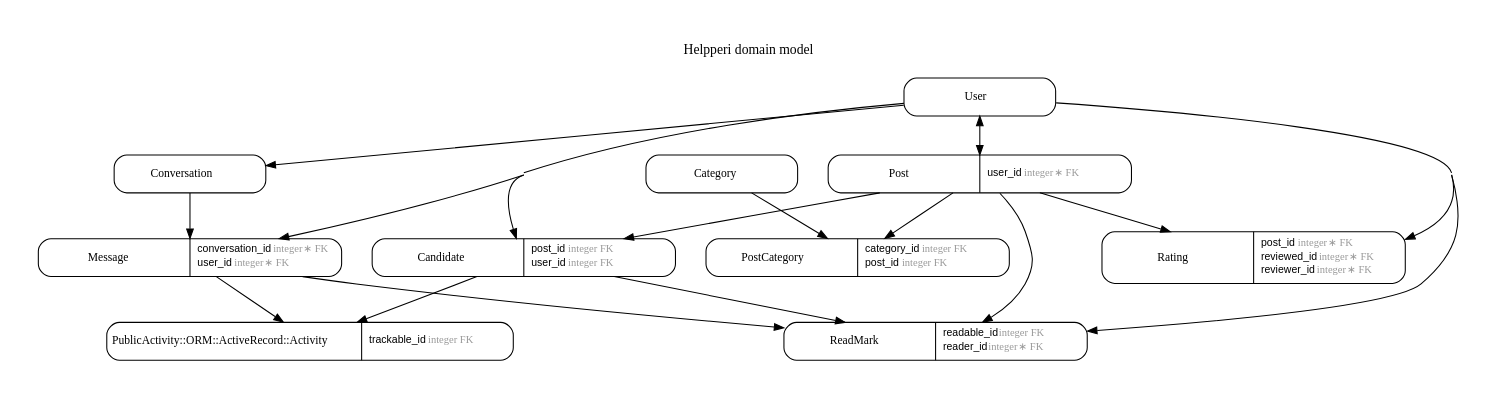
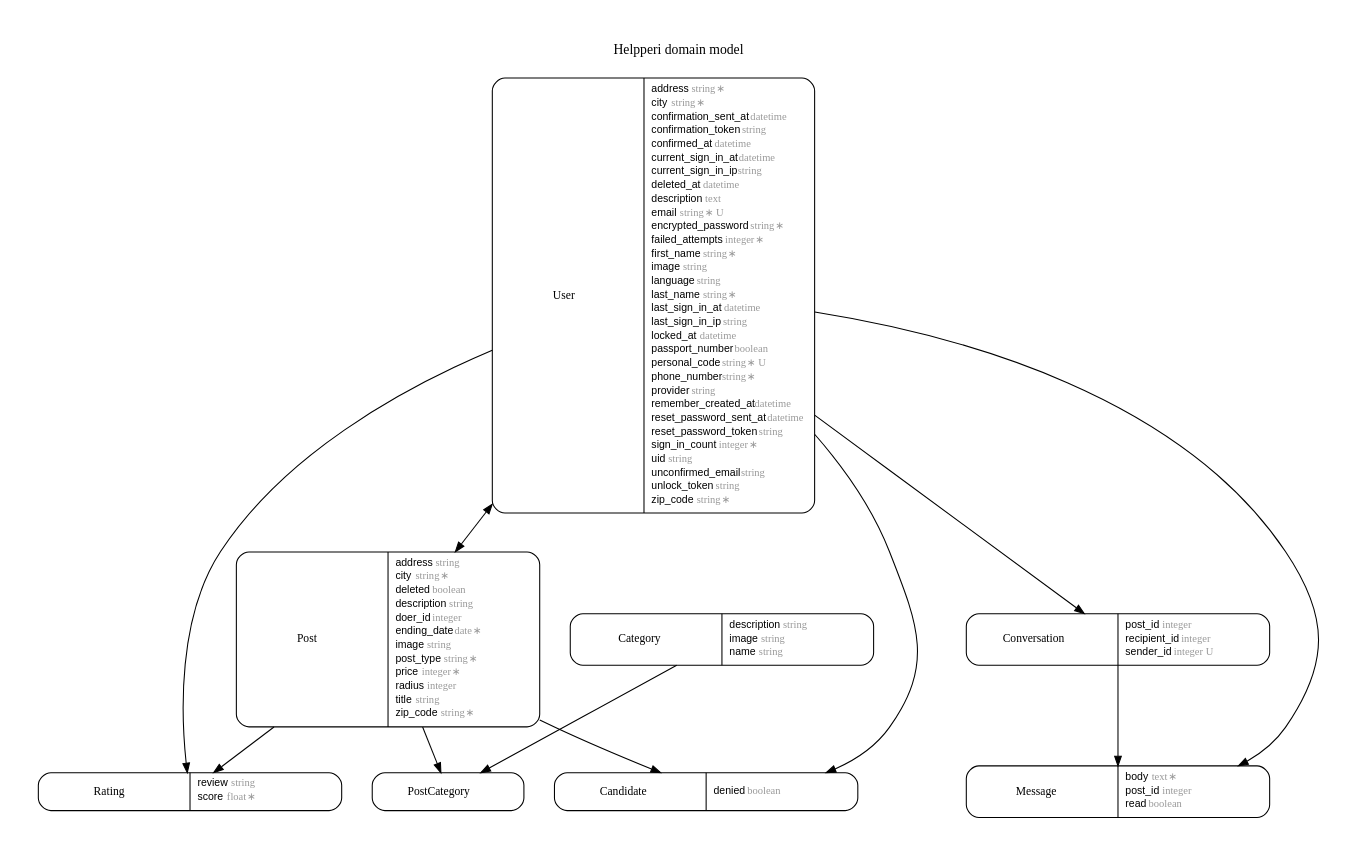
One commit to MaijuA/helpperi changed the diagram in erd.dot. Above: the diagram before and after it, drawn with Graphviz. The commit also changed 14 other files, not shown here.

```diff
--- a/erd.dot
+++ b/erd.dot
@@ -17,16 +17,27 @@
 </table>
 |
 <table border="0" align="left" cellspacing="2" cellpadding="0" width="134">
-  <tr><td align="left" width="130" port="post_id">post_id <font face="Arial Italic" color="grey60">integer FK</font></td></tr>
-  <tr><td align="left" width="130" port="user_id">user_id <font face="Arial Italic" color="grey60">integer FK</font></td></tr>
+  <tr><td align="left" width="130" port="denied">denied <font face="Arial Italic" color="grey60">boolean</font></td></tr>
 </table>
 >];
 m_Category [label = <<table border="0" align="center" cellspacing="0.5" cellpadding="0" width="134">
   <tr><td align="center" valign="bottom" width="130"><font face="Arial Bold" point-size="11">Category</font></td></tr>
 </table>
+|
+<table border="0" align="left" cellspacing="2" cellpadding="0" width="134">
+  <tr><td align="left" width="130" port="description">description <font face="Arial Italic" color="grey60">string</font></td></tr>
+  <tr><td align="left" width="130" port="image">image <font face="Arial Italic" color="grey60">string</font></td></tr>
+  <tr><td align="left" width="130" port="name">name <font face="Arial Italic" color="grey60">string</font></td></tr>
+</table>
 >];
 m_Conversation [label = <<table border="0" align="center" cellspacing="0.5" cellpadding="0" width="134">
   <tr><td align="center" valign="bottom" width="130"><font face="Arial Bold" point-size="11">Conversation</font></td></tr>
+</table>
+|
+<table border="0" align="left" cellspacing="2" cellpadding="0" width="134">
+  <tr><td align="left" width="130" port="post_id">post_id <font face="Arial Italic" color="grey60">integer</font></td></tr>
+  <tr><td align="left" width="130" port="recipient_id">recipient_id <font face="Arial Italic" color="grey60">integer</font></td></tr>
+  <tr><td align="left" width="130" port="sender_id">sender_id <font face="Arial Italic" color="grey60">integer U</font></td></tr>
 </table>
 >];
 m_Message [label = <<table border="0" align="center" cellspacing="0.5" cellpadding="0" width="134">
@@ -34,8 +45,9 @@
 </table>
 |
 <table border="0" align="left" cellspacing="2" cellpadding="0" width="134">
-  <tr><td align="left" width="130" port="conversation_id">conversation_id <font face="Arial Italic" color="grey60">integer ∗ FK</font></td></tr>
-  <tr><td align="left" width="130" port="user_id">user_id <font face="Arial Italic" color="grey60">integer ∗ FK</font></td></tr>
+  <tr><td align="left" width="130" port="body">body <font face="Arial Italic" color="grey60">text ∗</font></td></tr>
+  <tr><td align="left" width="130" port="post_id">post_id <font face="Arial Italic" color="grey60">integer</font></td></tr>
+  <tr><td align="left" width="130" port="read">read <font face="Arial Italic" color="grey60">boolean</font></td></tr>
 </table>
 >];
 m_Post [label = <<table border="0" align="center" cellspacing="0.5" cellpadding="0" width="134">
@@ -43,24 +55,22 @@
 </table>
 |
 <table border="0" align="left" cellspacing="2" cellpadding="0" width="134">
-  <tr><td align="left" width="130" port="user_id">user_id <font face="Arial Italic" color="grey60">integer ∗ FK</font></td></tr>
+  <tr><td align="left" width="130" port="address">address <font face="Arial Italic" color="grey60">string</font></td></tr>
+  <tr><td align="left" width="130" port="city">city <font face="Arial Italic" color="grey60">string ∗</font></td></tr>
+  <tr><td align="left" width="130" port="deleted">deleted <font face="Arial Italic" color="grey60">boolean</font></td></tr>
+  <tr><td align="left" width="130" port="description">description <font face="Arial Italic" color="grey60">string</font></td></tr>
+  <tr><td align="left" width="130" port="doer_id">doer_id <font face="Arial Italic" color="grey60">integer</font></td></tr>
+  <tr><td align="left" width="130" port="ending_date">ending_date <font face="Arial Italic" color="grey60">date ∗</font></td></tr>
+  <tr><td align="left" width="130" port="image">image <font face="Arial Italic" color="grey60">string</font></td></tr>
+  <tr><td align="left" width="130" port="post_type">post_type <font face="Arial Italic" color="grey60">string ∗</font></td></tr>
+  <tr><td align="left" width="130" port="price">price <font face="Arial Italic" color="grey60">integer ∗</font></td></tr>
+  <tr><td align="left" width="130" port="radius">radius <font face="Arial Italic" color="grey60">integer</font></td></tr>
+  <tr><td align="left" width="130" port="title">title <font face="Arial Italic" color="grey60">string</font></td></tr>
+  <tr><td align="left" width="130" port="zip_code">zip_code <font face="Arial Italic" color="grey60">string ∗</font></td></tr>
 </table>
 >];
 m_PostCategory [label = <<table border="0" align="center" cellspacing="0.5" cellpadding="0" width="134">
   <tr><td align="center" valign="bottom" width="130"><font face="Arial Bold" point-size="11">PostCategory</font></td></tr>
-</table>
-|
-<table border="0" align="left" cellspacing="2" cellpadding="0" width="134">
-  <tr><td align="left" width="130" port="category_id">category_id <font face="Arial Italic" color="grey60">integer FK</font></td></tr>
-  <tr><td align="left" width="130" port="post_id">post_id <font face="Arial Italic" color="grey60">integer FK</font></td></tr>
-</table>
->];
-"m_PublicActivity::ORM::ActiveRecord::Activity" [label = <<table border="0" align="center" cellspacing="0.5" cellpadding="0" width="134">
-  <tr><td align="center" valign="bottom" width="130"><font face="Arial Bold" point-size="11">PublicActivity::ORM::ActiveRecord::Activity</font></td></tr>
-</table>
-|
-<table border="0" align="left" cellspacing="2" cellpadding="0" width="134">
-  <tr><td align="left" width="130" port="trackable_id">trackable_id <font face="Arial Italic" color="grey60">integer FK</font></td></tr>
 </table>
 >];
 m_Rating [label = <<table border="0" align="center" cellspacing="0.5" cellpadding="0" width="134">
@@ -68,36 +78,54 @@
 </table>
 |
 <table border="0" align="left" cellspacing="2" cellpadding="0" width="134">
-  <tr><td align="left" width="130" port="post_id">post_id <font face="Arial Italic" color="grey60">integer ∗ FK</font></td></tr>
-  <tr><td align="left" width="130" port="reviewed_id">reviewed_id <font face="Arial Italic" color="grey60">integer ∗ FK</font></td></tr>
-  <tr><td align="left" width="130" port="reviewer_id">reviewer_id <font face="Arial Italic" color="grey60">integer ∗ FK</font></td></tr>
-</table>
->];
-m_ReadMark [label = <<table border="0" align="center" cellspacing="0.5" cellpadding="0" width="134">
-  <tr><td align="center" valign="bottom" width="130"><font face="Arial Bold" point-size="11">ReadMark</font></td></tr>
-</table>
-|
-<table border="0" align="left" cellspacing="2" cellpadding="0" width="134">
-  <tr><td align="left" width="130" port="readable_id">readable_id <font face="Arial Italic" color="grey60">integer FK</font></td></tr>
-  <tr><td align="left" width="130" port="reader_id">reader_id <font face="Arial Italic" color="grey60">integer ∗ FK</font></td></tr>
+  <tr><td align="left" width="130" port="review">review <font face="Arial Italic" color="grey60">string</font></td></tr>
+  <tr><td align="left" width="130" port="score">score <font face="Arial Italic" color="grey60">float ∗</font></td></tr>
 </table>
 >];
 m_User [label = <<table border="0" align="center" cellspacing="0.5" cellpadding="0" width="134">
   <tr><td align="center" valign="bottom" width="130"><font face="Arial Bold" point-size="11">User</font></td></tr>
 </table>
+|
+<table border="0" align="left" cellspacing="2" cellpadding="0" width="134">
+  <tr><td align="left" width="130" port="address">address <font face="Arial Italic" color="grey60">string ∗</font></td></tr>
+  <tr><td align="left" width="130" port="city">city <font face="Arial Italic" color="grey60">string ∗</font></td></tr>
+  <tr><td align="left" width="130" port="confirmation_sent_at">confirmation_sent_at <font face="Arial Italic" color="grey60">datetime</font></td></tr>
+  <tr><td align="left" width="130" port="confirmation_token">confirmation_token <font face="Arial Italic" color="grey60">string</font></td></tr>
+  <tr><td align="left" width="130" port="confirmed_at">confirmed_at <font face="Arial Italic" color="grey60">datetime</font></td></tr>
+  <tr><td align="left" width="130" port="current_sign_in_at">current_sign_in_at <font face="Arial Italic" color="grey60">datetime</font></td></tr>
+  <tr><td align="left" width="130" port="current_sign_in_ip">current_sign_in_ip <font face="Arial Italic" color="grey60">string</font></td></tr>
+  <tr><td align="left" width="130" port="deleted_at">deleted_at <font face="Arial Italic" color="grey60">datetime</font></td></tr>
+  <tr><td align="left" width="130" port="description">description <font face="Arial Italic" color="grey60">text</font></td></tr>
+  <tr><td align="left" width="130" port="email">email <font face="Arial Italic" color="grey60">string ∗ U</font></td></tr>
+  <tr><td align="left" width="130" port="encrypted_password">encrypted_password <font face="Arial Italic" color="grey60">string ∗</font></td></tr>
+  <tr><td align="left" width="130" port="failed_attempts">failed_attempts <font face="Arial Italic" color="grey60">integer ∗</font></td></tr>
+  <tr><td align="left" width="130" port="first_name">first_name <font face="Arial Italic" color="grey60">string ∗</font></td></tr>
+  <tr><td align="left" width="130" port="image">image <font face="Arial Italic" color="grey60">string</font></td></tr>
+  <tr><td align="left" width="130" port="language">language <font face="Arial Italic" color="grey60">string</font></td></tr>
+  <tr><td align="left" width="130" port="last_name">last_name <font face="Arial Italic" color="grey60">string ∗</font></td></tr>
+  <tr><td align="left" width="130" port="last_sign_in_at">last_sign_in_at <font face="Arial Italic" color="grey60">datetime</font></td></tr>
+  <tr><td align="left" width="130" port="last_sign_in_ip">last_sign_in_ip <font face="Arial Italic" color="grey60">string</font></td></tr>
+  <tr><td align="left" width="130" port="locked_at">locked_at <font face="Arial Italic" color="grey60">datetime</font></td></tr>
+  <tr><td align="left" width="130" port="passport_number">passport_number <font face="Arial Italic" color="grey60">boolean</font></td></tr>
+  <tr><td align="left" width="130" port="personal_code">personal_code <font face="Arial Italic" color="grey60">string ∗ U</font></td></tr>
+  <tr><td align="left" width="130" port="phone_number">phone_number <font face="Arial Italic" color="grey60">string ∗</font></td></tr>
+  <tr><td align="left" width="130" port="provider">provider <font face="Arial Italic" color="grey60">string</font></td></tr>
+  <tr><td align="left" width="130" port="remember_created_at">remember_created_at <font face="Arial Italic" color="grey60">datetime</font></td></tr>
+  <tr><td align="left" width="130" port="reset_password_sent_at">reset_password_sent_at <font face="Arial Italic" color="grey60">datetime</font></td></tr>
+  <tr><td align="left" width="130" port="reset_password_token">reset_password_token <font face="Arial Italic" color="grey60">string</font></td></tr>
+  <tr><td align="left" width="130" port="sign_in_count">sign_in_count <font face="Arial Italic" color="grey60">integer ∗</font></td></tr>
+  <tr><td align="left" width="130" port="uid">uid <font face="Arial Italic" color="grey60">string</font></td></tr>
+  <tr><td align="left" width="130" port="unconfirmed_email">unconfirmed_email <font face="Arial Italic" color="grey60">string</font></td></tr>
+  <tr><td align="left" width="130" port="unlock_token">unlock_token <font face="Arial Italic" color="grey60">string</font></td></tr>
+  <tr><td align="left" width="130" port="zip_code">zip_code <font face="Arial Italic" color="grey60">string ∗</font></td></tr>
+</table>
 >];
-  m_Candidate -> m_ReadMark [arrowhead = "normal", arrowtail = "none", weight = "1"];
-  m_Message -> m_ReadMark [arrowhead = "normal", arrowtail = "none", weight = "1"];
-  m_Post -> m_ReadMark [arrowhead = "normal", arrowtail = "none", weight = "1"];
-  m_User -> m_ReadMark [arrowhead = "normal", arrowtail = "none", weight = "1"];
   m_User -> m_Post [arrowhead = "normal", arrowtail = "none", weight = "2"];
   m_User -> m_Candidate [arrowhead = "normal", arrowtail = "none", weight = "2"];
   m_User -> m_Post [style = "dotted", arrowhead = "normal", arrowtail = "none", weight = "1", constraint = "false"];
   m_User -> m_Rating [arrowhead = "normal", arrowtail = "none", weight = "2"];
   m_User -> m_Rating [arrowhead = "normal", arrowtail = "none", weight = "2"];
   m_Post -> m_Candidate [arrowhead = "normal", arrowtail = "none", weight = "3"];
-  m_Candidate -> "m_PublicActivity::ORM::ActiveRecord::Activity" [arrowhead = "normal", arrowtail = "none", weight = "1"];
-  m_Message -> "m_PublicActivity::ORM::ActiveRecord::Activity" [arrowhead = "normal", arrowtail = "none", weight = "1"];
   m_Category -> m_PostCategory [arrowhead = "normal", arrowtail = "none", weight = "2"];
   m_Category -> m_Post [style = "dotted", arrowhead = "normal", arrowtail = "none", weight = "2", constraint = "false"];
   m_User -> m_Conversation [arrowhead = "normal", arrowtail = "none", weight = "1"];
```
